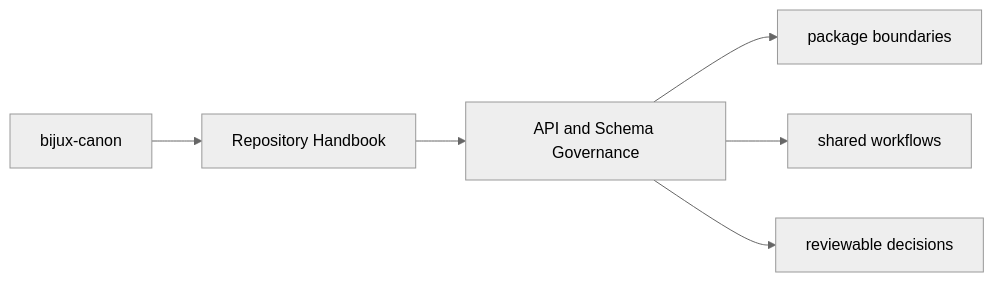
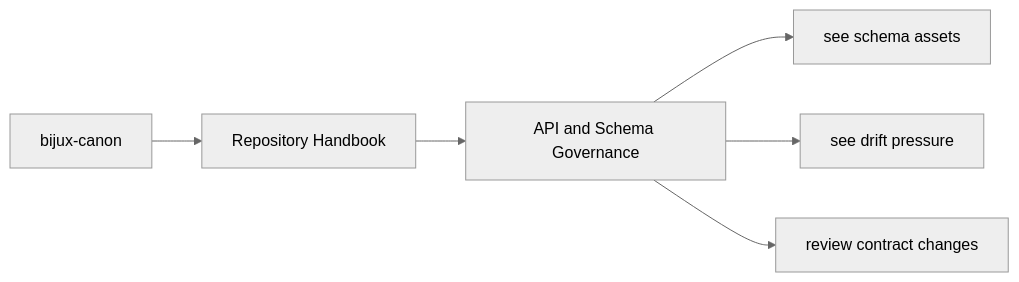
One commit to bijux/bijux-canon changed the first of 2 diagrams in docs/bijux-canon/api-and-schema-governance.md. Above: the diagram before and after it, drawn with Mermaid (neutral theme). The commit also changed other lines of this file and 11 other files, not shown here.

Commit message:
docs(diagrams): clarify root handbook maps

````diff
--- a/docs/bijux-canon/api-and-schema-governance.md
+++ b/docs/bijux-canon/api-and-schema-governance.md
@@ -24,11 +24,11 @@
 ```mermaid
 flowchart LR
     scope["bijux-canon"] --> section["Repository Handbook"]
     section --> page["API and Schema Governance"]
-    dest1["package boundaries"]
-    dest2["shared workflows"]
-    dest3["reviewable decisions"]
+    dest1["see schema assets"]
+    dest2["see drift pressure"]
+    dest3["review contract changes"]
     page --> dest1
     page --> dest2
     page --> dest3
 ```
````
